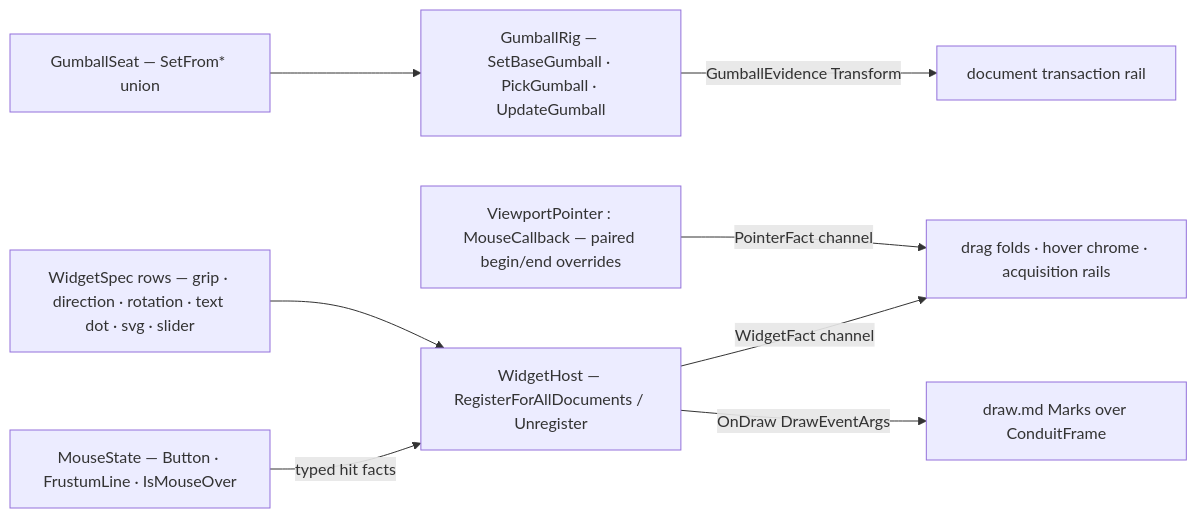
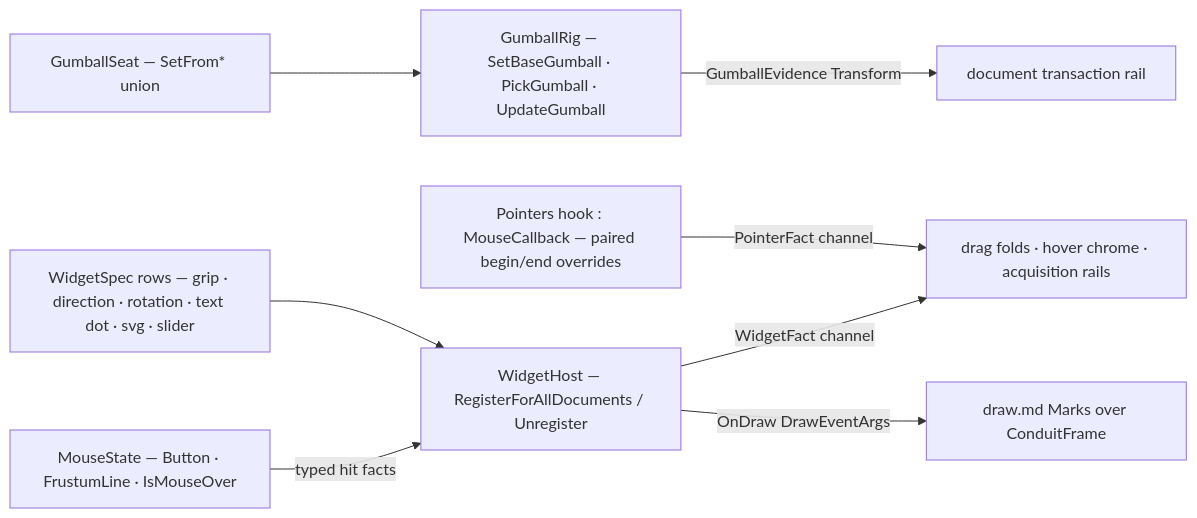
One commit to bsamiee/Rasm changed the diagram in libs/csharp/Rasm.Rhino/.planning/Display/interaction.md. Above: the diagram before and after it, drawn with Mermaid. The commit also changed other lines of this file and 185 other files, not shown here.

````diff
--- a/libs/csharp/Rasm.Rhino/.planning/Display/interaction.md
+++ b/libs/csharp/Rasm.Rhino/.planning/Display/interaction.md
@@ -419,10 +486,10 @@
 ```mermaid
 flowchart LR
-    Hook["ViewportPointer : MouseCallback — paired begin/end overrides"] -->|PointerFact channel| Consumers["drag folds · hover chrome · acquisition rails"]
+    Hook["Pointers hook : MouseCallback — paired begin/end overrides"] -->|PointerFact channel| Consumers["drag folds · hover chrome · acquisition rails"]
     Seat["GumballSeat — SetFrom* union"] --> Rig["GumballRig — SetBaseGumball · PickGumball · UpdateGumball"]
     Rig -->|GumballEvidence Transform| Commit["document transaction rail"]
     Specs["WidgetSpec rows — grip · direction · rotation · text dot · svg · slider"] --> Host["WidgetHost — RegisterForAllDocuments / Unregister"]
     Host -->|WidgetFact channel| Consumers
     Host -->|OnDraw DrawEventArgs| Draw["draw.md Marks over ConduitFrame"]
     State["MouseState — Button · FrustumLine · IsMouseOver"] -->|typed hit facts| Host
 ```
````
